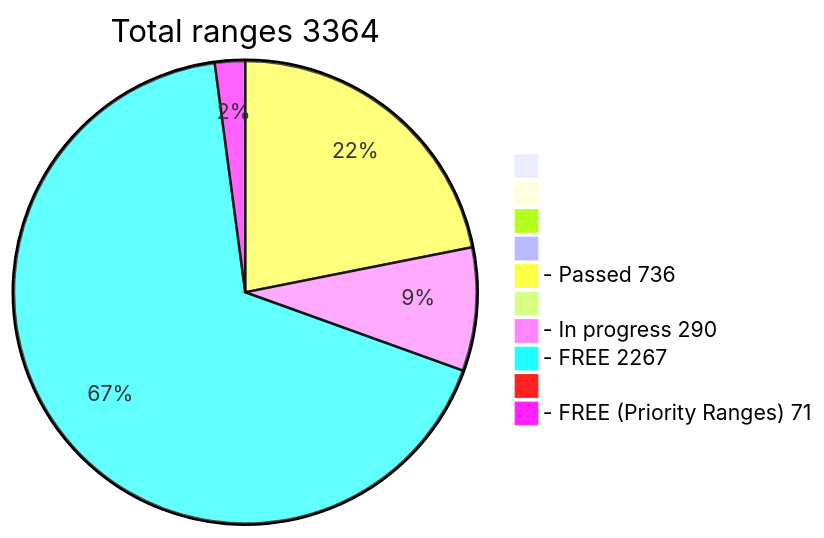
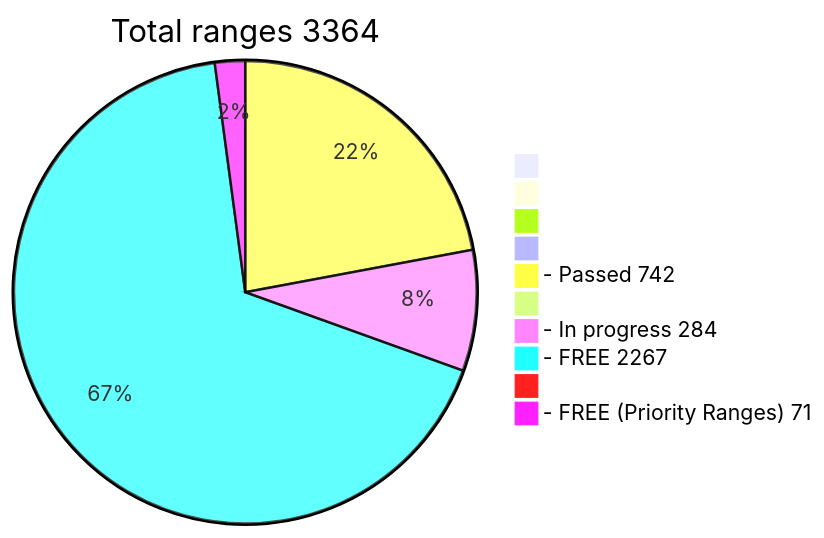
One commit to phrutis/wif500 changed the diagram in README.md. Above: the diagram before and after it, drawn with Mermaid.

````diff
--- a/README.md
+++ b/README.md
@@ -16,13 +16,13 @@
 ```mermaid
 pie title Total ranges 3364
              " " : 0
             "  " : 0
            "   " : 0
           "    " : 0
-  "- Passed 736" : 736
+  "- Passed 742" : 742
          "     " : 0
-  "- In progress 290" : 290
+  "- In progress 284" : 284
    "- FREE 2267" : 2267
         "      " : 0
   "- FREE (Priority Ranges) 71" : 71
 ```
````
